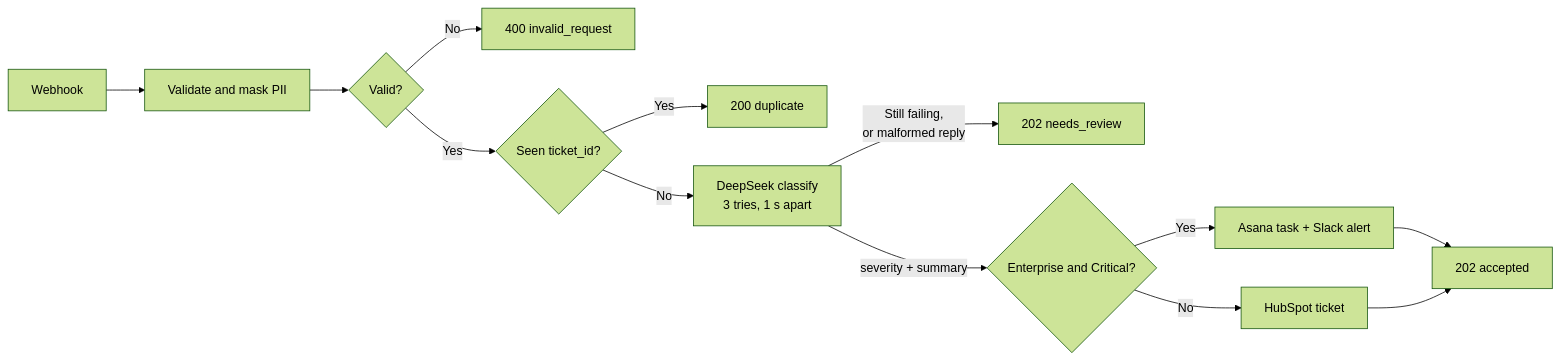
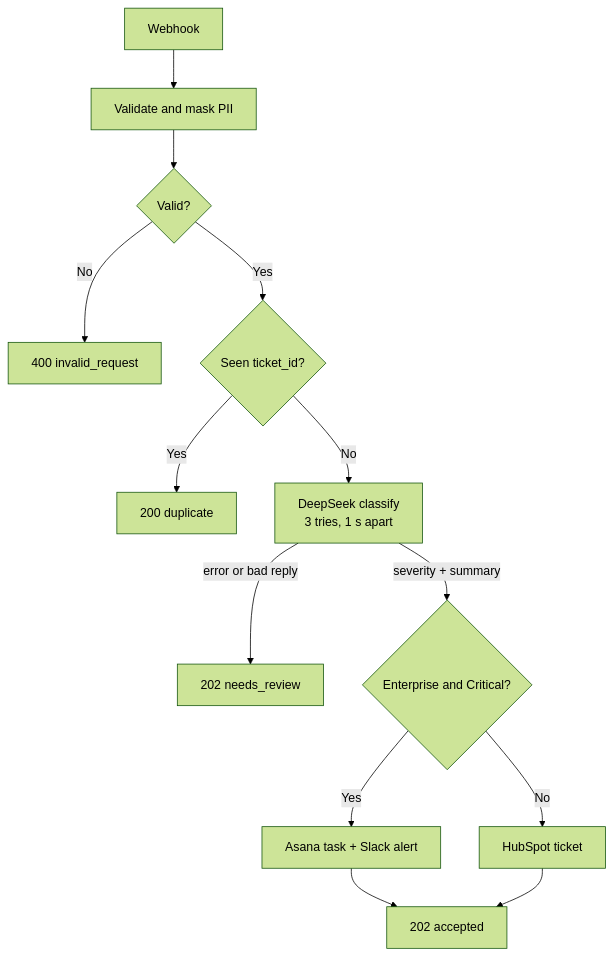
The first of 2 diagrams in README.md (screwlab/support-ticket-routing), drawn with Mermaid (forest theme) before and after one commit.

Commit message:
docs: top-down workflow diagram

````diff
--- a/README.md
+++ b/README.md
@@ -24,15 +24,15 @@
 ```mermaid
-flowchart LR
+flowchart TD
     A[Webhook] --> B[Validate and mask PII]
     B --> C{Valid?}
     C -->|No| X[400 invalid_request]
     C -->|Yes| D{Seen ticket_id?}
     D -->|Yes| Y[200 duplicate]
-    D -->|No| E[DeepSeek classify<br/>3 tries, 1 s apart]
-    E -->|Still failing,<br/>or malformed reply| M[202 needs_review]
+    D -->|No| E["DeepSeek classify<br>3 tries, 1 s apart"]
+    E -->|error or bad reply| M[202 needs_review]
     E -->|severity + summary| F{Enterprise and Critical?}
     F -->|Yes| G[Asana task + Slack alert]
     F -->|No| H[HubSpot ticket]
     G --> Z[202 accepted]
     H --> Z
 ```
````
